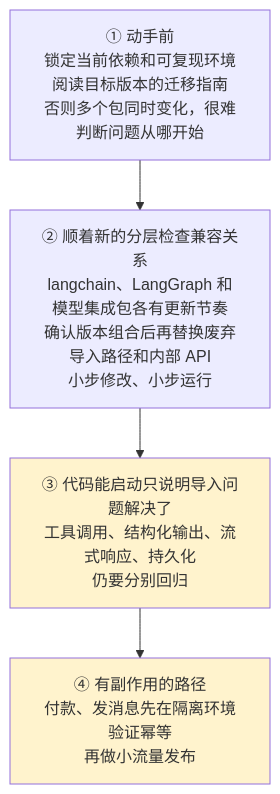
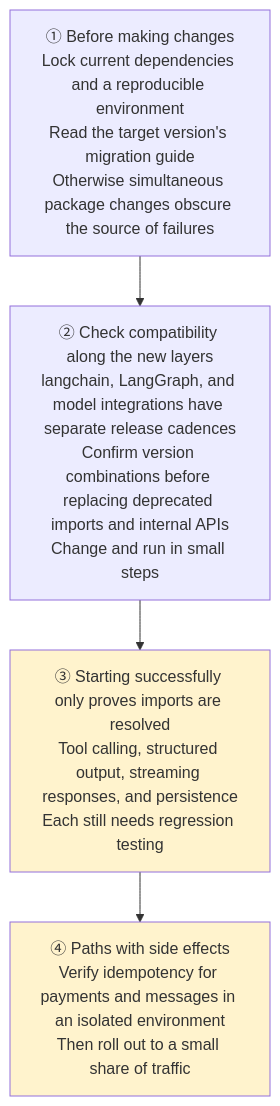
The third of 4 diagrams in docs/frameworks/01-langchain/03-ecosystem/11-version-evolution.md (oneleaveknowsthefall/awesome-ai-roadmap), drawn with Mermaid before and after one commit. The commit also changed other lines of this file and 70 other files, not shown here.

````diff
--- a/docs/frameworks/01-langchain/03-ecosystem/11-version-evolution.md
+++ b/docs/frameworks/01-langchain/03-ecosystem/11-version-evolution.md
@@ -117,11 +119,11 @@
 ```mermaid
 flowchart TB
-    S1["① 动手前<br/>锁定当前依赖和可复现环境<br/>阅读目标版本的迁移指南<br/>否则多个包同时变化，很难判断问题从哪开始"]
-    S2["② 顺着新的分层检查兼容关系<br/>langchain、LangGraph 和模型集成包各有更新节奏<br/>确认版本组合后再替换废弃导入路径和内部 API<br/>小步修改、小步运行"]
-    S3["③ 代码能启动只说明导入问题解决了<br/>工具调用、结构化输出、流式响应、持久化<br/>仍要分别回归"]
-    S4["④ 有副作用的路径<br/>付款、发消息先在隔离环境验证幂等<br/>再做小流量发布"]
+    S1["① Before making changes<br/>Lock current dependencies and a reproducible environment<br/>Read the target version's migration guide<br/>Otherwise simultaneous package changes obscure the source of failures"]
+    S2["② Check compatibility along the new layers<br/>langchain, LangGraph, and model integrations have separate release cadences<br/>Confirm version combinations before replacing deprecated imports and internal APIs<br/>Change and run in small steps"]
+    S3["③ Starting successfully only proves imports are resolved<br/>Tool calling, structured output, streaming responses, and persistence<br/>Each still needs regression testing"]
+    S4["④ Paths with side effects<br/>Verify idempotency for payments and messages in an isolated environment<br/>Then roll out to a small share of traffic"]
     S1 --> S2 --> S3 --> S4
 
     style S3 fill:#fff3cd
     style S4 fill:#fff3cd
 ```
````
